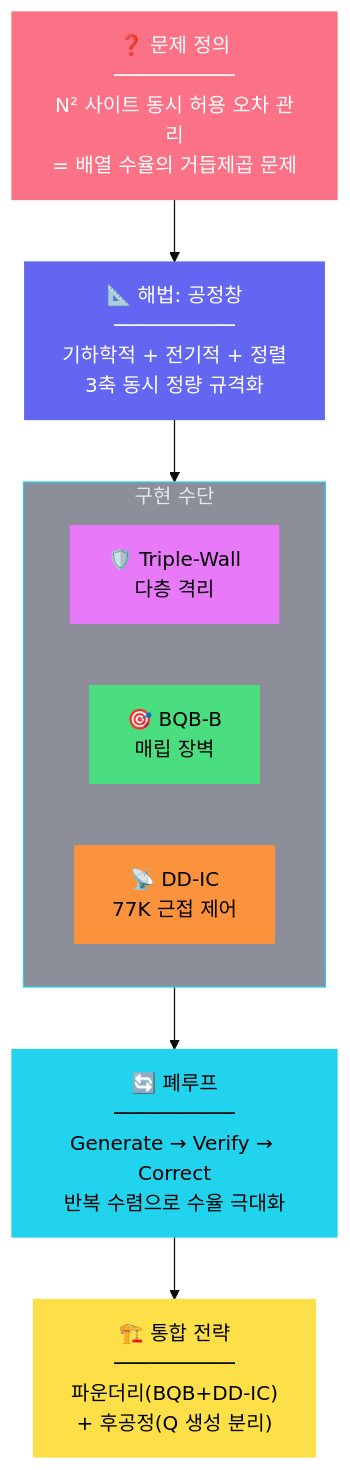
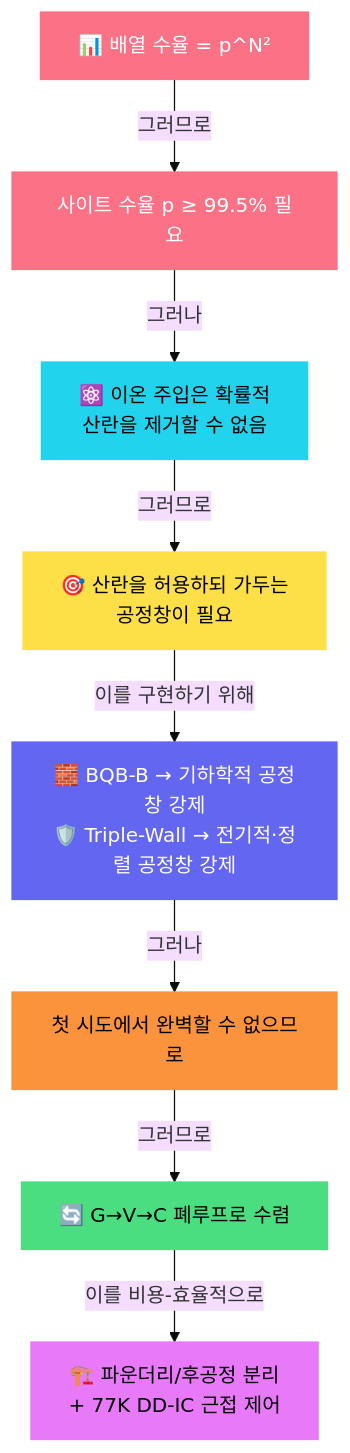
Before and after one commit to lee6147/Quantum_BQB: diagram 14 of 14 in Proficiency Levels/Intermediate Level/README.md, drawn with Mermaid (base theme). The commit also changed other lines of this file, not shown here.

````diff
--- a/Proficiency Levels/Intermediate Level/README.md
+++ b/Proficiency Levels/Intermediate Level/README.md
@@ -490,26 +858,19 @@
 ```mermaid
 graph TD
-    PROB["❓ 문제 정의<br/>──────────<br/>N² 사이트 동시 허용 오차 관리<br/>= 배열 수율의 거듭제곱 문제"] --> PW
+    A["📊 배열 수율 = p^N²"] -->|"그러므로"| B["사이트 수율 p ≥ 99.5% 필요"]
+    B -->|"그러나"| C["⚛️ 이온 주입은 확률적<br/>산란을 제거할 수 없음"]
+    C -->|"그러므로"| D["🎯 산란을 허용하되 가두는<br/>공정창이 필요"]
+    D -->|"이를 구현하기 위해"| E["🧱 BQB-B → 기하학적 공정창 강제<br/>🛡️ Triple-Wall → 전기적·정렬 공정창 강제"]
+    E -->|"그러나"| F["첫 시도에서 완벽할 수 없으므로"]
+    F -->|"그러므로"| G["🔄 G→V→C 폐루프로 수렴"]
+    G -->|"이를 비용-효율적으로"| H["🏗️ 파운더리/후공정 분리<br/>+ 77K DD-IC 근접 제어"]
 
-    PW["📐 해법: 공정창<br/>──────────<br/>기하학적 + 전기적 + 정렬<br/>3축 동시 정량 규격화"] --> IMPL
-
-    subgraph IMPL["구현 수단"]
-        direction LR
-        TW["🛡️ Triple-Wall<br/>다층 격리"]
-        BQB["🎯 BQB-B<br/>매립 장벽"]
-        DDI["📡 DD-IC<br/>77K 근접 제어"]
-    end
-
-    IMPL --> LOOP["🔄 폐루프<br/>──────────<br/>Generate → Verify → Correct<br/>반복 수렴으로 수율 극대화"]
-
-    LOOP --> ARCH["🏗️ 통합 전략<br/>──────────<br/>파운더리(BQB+DD-IC)<br/>+ 후공정(Q 생성 분리)"]
-
-    style PROB fill:#fb7185,stroke:#fb7185,color:#fff
-    style PW fill:#6366f1,stroke:#6366f1,color:#fff
-    style IMPL fill:#1a1f3580,stroke:#22d3ee,color:#e2e8f0
-    style TW fill:#e879f9,stroke:#e879f9,color:#000
-    style BQB fill:#4ade80,stroke:#4ade80,color:#000
-    style DDI fill:#fb923c,stroke:#fb923c,color:#000
-    style LOOP fill:#22d3ee,stroke:#22d3ee,color:#000
-    style ARCH fill:#fde047,stroke:#fde047,color:#000
+    style A fill:#fb7185,stroke:#fb7185,color:#fff
+    style B fill:#fb7185,stroke:#fb7185,color:#fff
+    style C fill:#22d3ee,stroke:#22d3ee,color:#000
+    style D fill:#fde047,stroke:#fde047,color:#000
+    style E fill:#6366f1,stroke:#6366f1,color:#fff
+    style F fill:#fb923c,stroke:#fb923c,color:#000
+    style G fill:#4ade80,stroke:#4ade80,color:#000
+    style H fill:#e879f9,stroke:#e879f9,color:#000
 ```
````
